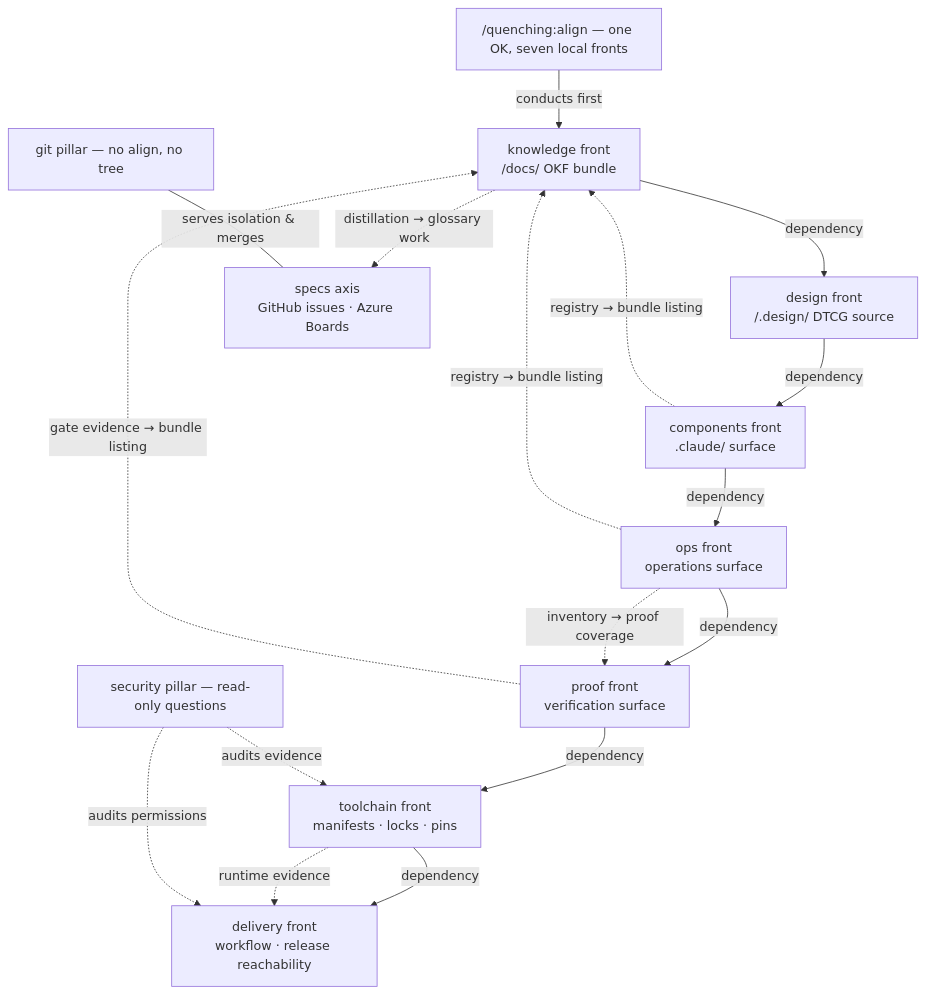
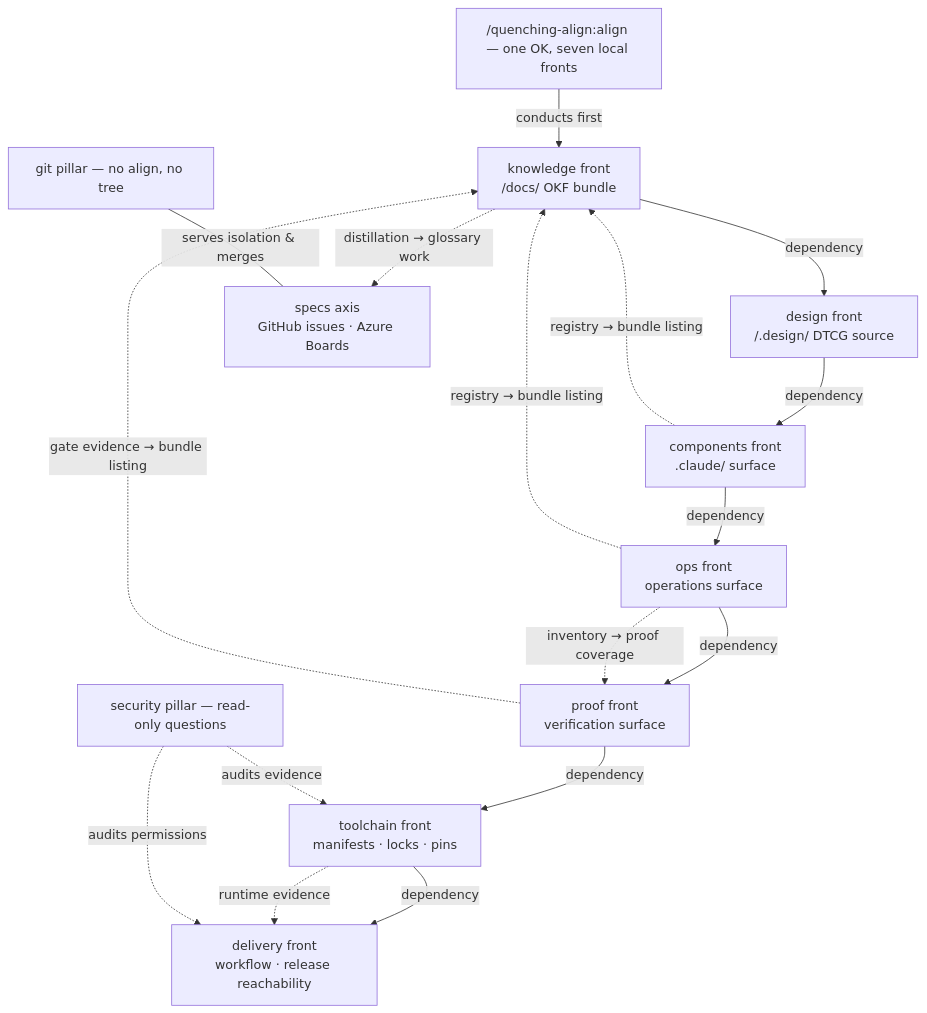
Before and after one commit to holetz/quenching: the diagram in docs/explanation/operating-model.md, drawn with Mermaid. The commit also changed other lines of this file and 148 other files, not shown here.

````diff
--- a/docs/explanation/operating-model.md
+++ b/docs/explanation/operating-model.md
@@ -27,21 +27,21 @@
 ```mermaid
 flowchart TD
-    ALL["/quenching:align — one OK, seven local fronts"]
+    ALL["/quenching-align:align — one OK, seven local fronts"]
     ALL -->|conducts first| K["knowledge front<br/>/docs/ OKF bundle"]
     K -->|dependency| D["design front<br/>/.design/ DTCG source"]
     D -->|dependency| C["components front<br/>.claude/ surface"]
     C -->|dependency| O["ops front<br/>operations surface"]
     O -->|dependency| P["proof front<br/>verification surface"]
     P -->|dependency| T["toolchain front<br/>manifests · locks · pins"]
     T -->|dependency| V["delivery front<br/>workflow · release reachability"]
     S["specs axis<br/>GitHub issues · Azure Boards"]
     K -.->|"distillation → glossary work"| S
     C -.->|"registry → bundle listing"| K
     O -.->|"inventory → proof coverage"| P
     O -.->|"registry → bundle listing"| K
     P -.->|"gate evidence → bundle listing"| K
     T -.->|"runtime evidence"| V
     X["security pillar — read-only questions"] -.->|"audits evidence"| T
     X -.->|"audits permissions"| V
     G["git pillar — no align, no tree"] ---|serves isolation & merges| S
 ```
````
